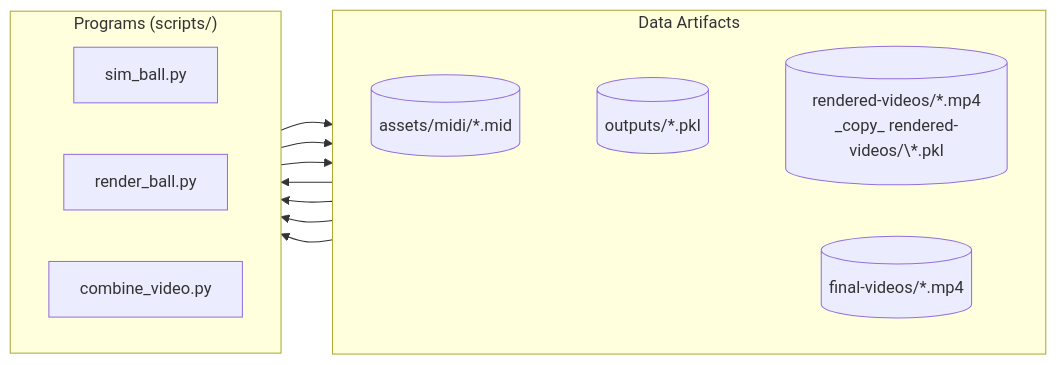
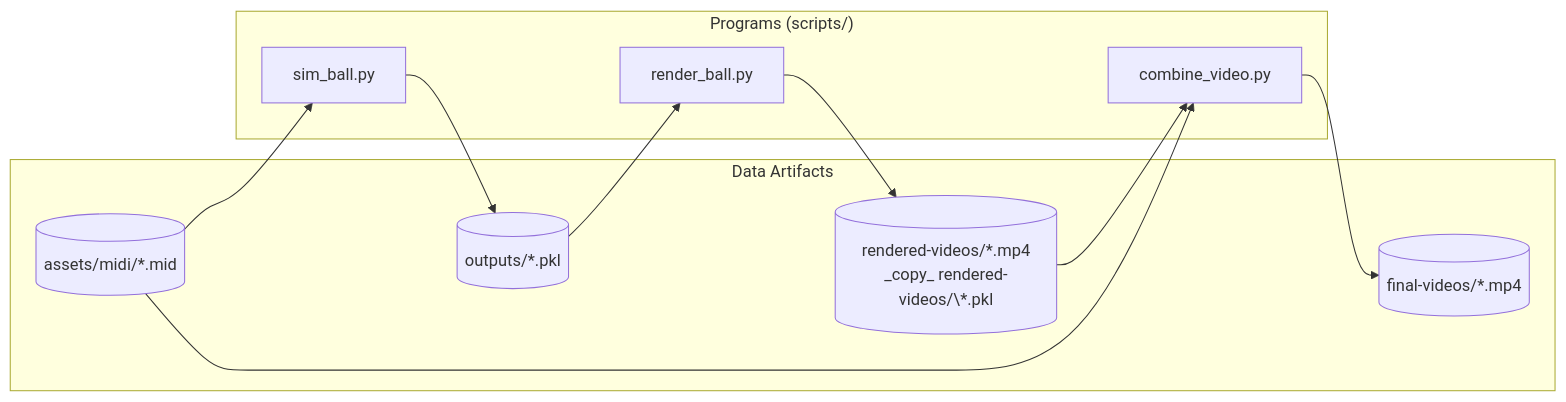
Before and after one commit to fishyy119/bounce-music-py: the diagram in README.md, drawn with Mermaid.

Commit message:
doc: 修复因 Mermaid 升级导致的流程图渲染问题

````diff
--- a/README.md
+++ b/README.md
@@ -31,48 +31,46 @@
 ```mermaid
 flowchart LR
 
 %% ======================
 %% Data Objects
 %% ======================
 subgraph DATA["Data Artifacts"]
-direction LR
 
 MID[(assets/midi/*.mid)]
 PKL[(outputs/*.pkl)]
 MP4_RAW[(rendered-videos/*.mp4<br/>_copy_ rendered-videos/\*.pkl)]
 MP4_FINAL[(final-videos/*.mp4)]
 
 MID ~~~ PKL
 PKL ~~~ MP4_RAW
 %% MP4_RAW ~~~ MP4_FINAL
 
 end
 
 %% ======================
 %% Program Objects
 %% ======================
 subgraph PROCESS["Programs (scripts/)"]
-direction LR
 
 SIM[sim_ball.py]
 RENDER[render_ball.py]
 COMBINE[combine_video.py]
 
 end
 
 %% ======================
 %% Data Flow
 %% ======================
 
 MID --> SIM
 SIM --> PKL
 
 PKL --> RENDER
 RENDER --> MP4_RAW
 
 MP4_RAW --> COMBINE
 MID --> COMBINE
 
 COMBINE --> MP4_FINAL
 
 ```
````
